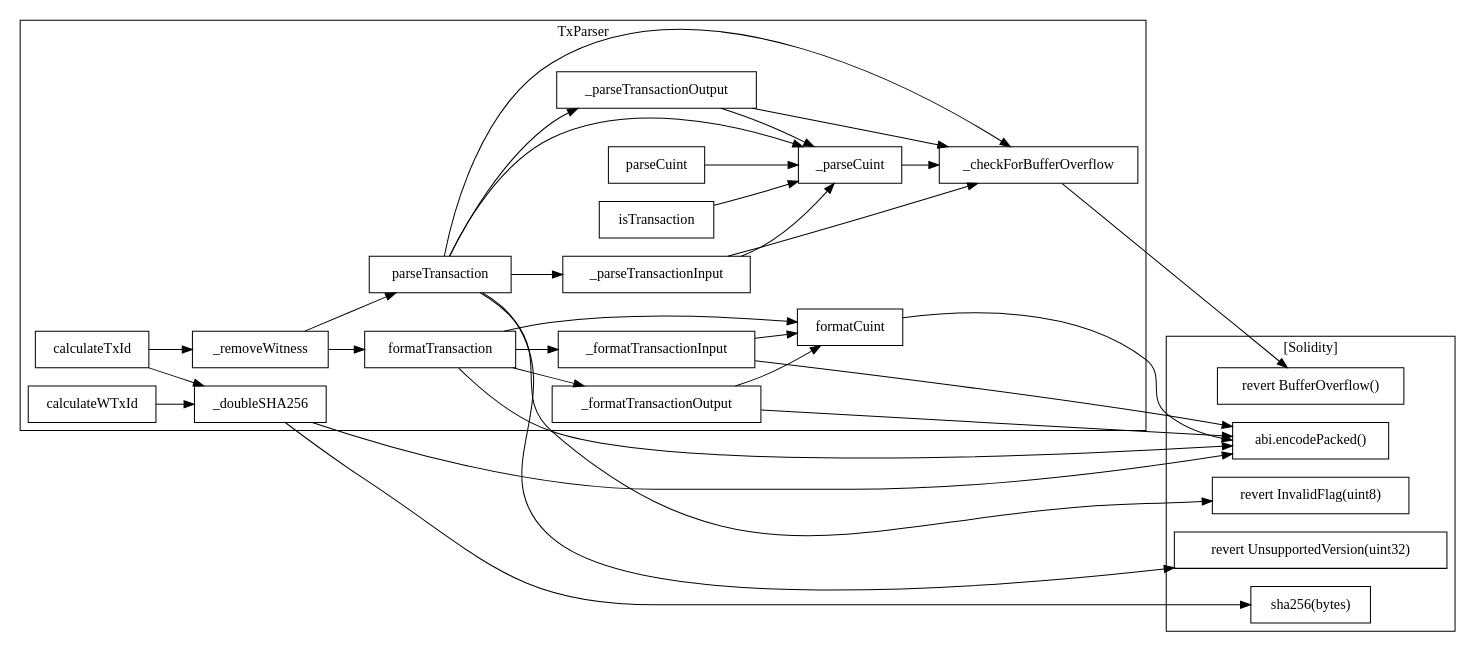
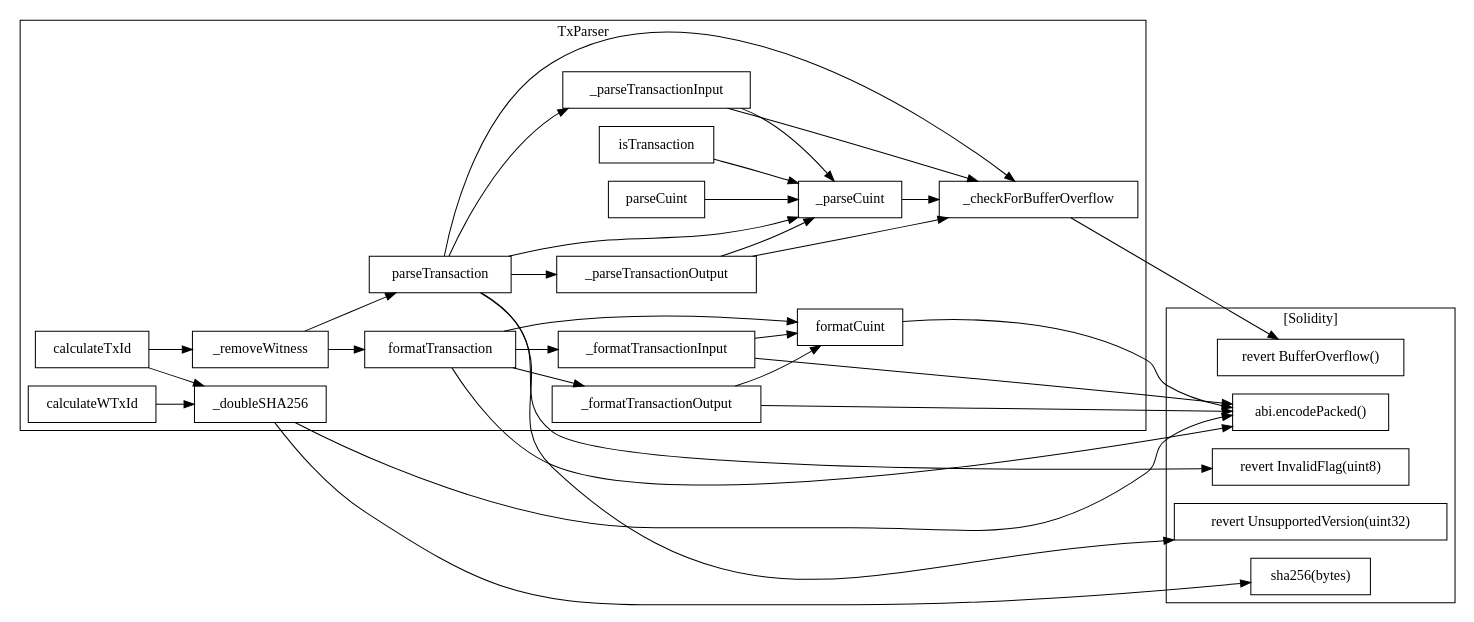
Before and after one commit to quidmints/SPV: the diagram in evm/slither-out/...TxParser.call-graph.dot, drawn with Graphviz. The commit also changed 145 other files, not shown here.

```diff
--- a/evm/slither-out/...TxParser.call-graph.dot
+++ b/evm/slither-out/...TxParser.call-graph.dot
@@ -1,59 +1,59 @@
 strict digraph {
 rankdir="LR"
 node [shape=box]
-subgraph cluster_6282_TxParser {
+subgraph cluster_11395_TxParser {
 label = "TxParser"
-"6282__parseTransactionOutput" [label="_parseTransactionOutput"]
-"6282_calculateWTxId" [label="calculateWTxId"]
-"6282__checkForBufferOverflow" [label="_checkForBufferOverflow"]
-"6282_formatTransaction" [label="formatTransaction"]
-"6282__parseTransactionInput" [label="_parseTransactionInput"]
-"6282__formatTransactionInput" [label="_formatTransactionInput"]
-"6282_calculateTxId" [label="calculateTxId"]
-"6282_parseCuint" [label="parseCuint"]
-"6282__doubleSHA256" [label="_doubleSHA256"]
-"6282__formatTransactionOutput" [label="_formatTransactionOutput"]
-"6282__removeWitness" [label="_removeWitness"]
-"6282__parseCuint" [label="_parseCuint"]
-"6282_isTransaction" [label="isTransaction"]
-"6282_parseTransaction" [label="parseTransaction"]
-"6282_formatCuint" [label="formatCuint"]
-"6282__parseCuint" -> "6282__checkForBufferOverflow"
-"6282__parseTransactionOutput" -> "6282__checkForBufferOverflow"
-"6282_parseTransaction" -> "6282__parseCuint"
-"6282_parseTransaction" -> "6282__checkForBufferOverflow"
-"6282_formatTransaction" -> "6282_formatCuint"
-"6282__formatTransactionOutput" -> "6282_formatCuint"
-"6282_parseTransaction" -> "6282__parseTransactionInput"
-"6282_calculateTxId" -> "6282__removeWitness"
-"6282_calculateTxId" -> "6282__doubleSHA256"
-"6282__parseTransactionInput" -> "6282__parseCuint"
-"6282__removeWitness" -> "6282_parseTransaction"
-"6282__removeWitness" -> "6282_formatTransaction"
-"6282__parseTransactionOutput" -> "6282__parseCuint"
-"6282_parseTransaction" -> "6282__parseTransactionOutput"
-"6282_isTransaction" -> "6282__parseCuint"
-"6282_formatTransaction" -> "6282__formatTransactionOutput"
-"6282_formatTransaction" -> "6282__formatTransactionInput"
-"6282__parseTransactionInput" -> "6282__checkForBufferOverflow"
-"6282_calculateWTxId" -> "6282__doubleSHA256"
-"6282__formatTransactionInput" -> "6282_formatCuint"
-"6282_parseCuint" -> "6282__parseCuint"
+"11395_isTransaction" [label="isTransaction"]
+"11395_parseCuint" [label="parseCuint"]
+"11395_calculateTxId" [label="calculateTxId"]
+"11395_formatTransaction" [label="formatTransaction"]
+"11395__parseTransactionInput" [label="_parseTransactionInput"]
+"11395__formatTransactionInput" [label="_formatTransactionInput"]
+"11395_parseTransaction" [label="parseTransaction"]
+"11395__formatTransactionOutput" [label="_formatTransactionOutput"]
+"11395__checkForBufferOverflow" [label="_checkForBufferOverflow"]
+"11395__parseCuint" [label="_parseCuint"]
+"11395_calculateWTxId" [label="calculateWTxId"]
+"11395__parseTransactionOutput" [label="_parseTransactionOutput"]
+"11395__removeWitness" [label="_removeWitness"]
+"11395_formatCuint" [label="formatCuint"]
+"11395__doubleSHA256" [label="_doubleSHA256"]
+"11395__parseCuint" -> "11395__checkForBufferOverflow"
+"11395_parseTransaction" -> "11395__parseCuint"
+"11395__removeWitness" -> "11395_parseTransaction"
+"11395_formatTransaction" -> "11395__formatTransactionInput"
+"11395_calculateTxId" -> "11395__doubleSHA256"
+"11395__removeWitness" -> "11395_formatTransaction"
+"11395_parseCuint" -> "11395__parseCuint"
+"11395__parseTransactionInput" -> "11395__parseCuint"
+"11395_parseTransaction" -> "11395__checkForBufferOverflow"
+"11395__parseTransactionOutput" -> "11395__parseCuint"
+"11395__formatTransactionOutput" -> "11395_formatCuint"
+"11395_parseTransaction" -> "11395__parseTransactionOutput"
+"11395__formatTransactionInput" -> "11395_formatCuint"
+"11395_parseTransaction" -> "11395__parseTransactionInput"
+"11395_formatTransaction" -> "11395_formatCuint"
+"11395_isTransaction" -> "11395__parseCuint"
+"11395__parseTransactionOutput" -> "11395__checkForBufferOverflow"
+"11395_calculateTxId" -> "11395__removeWitness"
+"11395_calculateWTxId" -> "11395__doubleSHA256"
+"11395_formatTransaction" -> "11395__formatTransactionOutput"
+"11395__parseTransactionInput" -> "11395__checkForBufferOverflow"
 }subgraph cluster_solidity {
 label = "[Solidity]"
+"revert InvalidFlag(uint8)" 
+"abi.encodePacked()" 
+"revert UnsupportedVersion(uint32)" 
 "sha256(bytes)" 
 "revert BufferOverflow()" 
-"abi.encodePacked()" 
-"revert InvalidFlag(uint8)" 
-"revert UnsupportedVersion(uint32)" 
-"6282__checkForBufferOverflow" -> "revert BufferOverflow()"
-"6282__doubleSHA256" -> "sha256(bytes)"
-"6282__doubleSHA256" -> "abi.encodePacked()"
-"6282__formatTransactionOutput" -> "abi.encodePacked()"
-"6282_parseTransaction" -> "revert InvalidFlag(uint8)"
-"6282_formatCuint" -> "abi.encodePacked()"
-"6282__formatTransactionInput" -> "abi.encodePacked()"
-"6282_parseTransaction" -> "revert UnsupportedVersion(uint32)"
-"6282_formatTransaction" -> "abi.encodePacked()"
+"11395__formatTransactionOutput" -> "abi.encodePacked()"
+"11395__doubleSHA256" -> "sha256(bytes)"
+"11395_formatTransaction" -> "abi.encodePacked()"
+"11395_formatCuint" -> "abi.encodePacked()"
+"11395_parseTransaction" -> "revert InvalidFlag(uint8)"
+"11395__formatTransactionInput" -> "abi.encodePacked()"
+"11395__doubleSHA256" -> "abi.encodePacked()"
+"11395__checkForBufferOverflow" -> "revert BufferOverflow()"
+"11395_parseTransaction" -> "revert UnsupportedVersion(uint32)"
 }
 }
```
